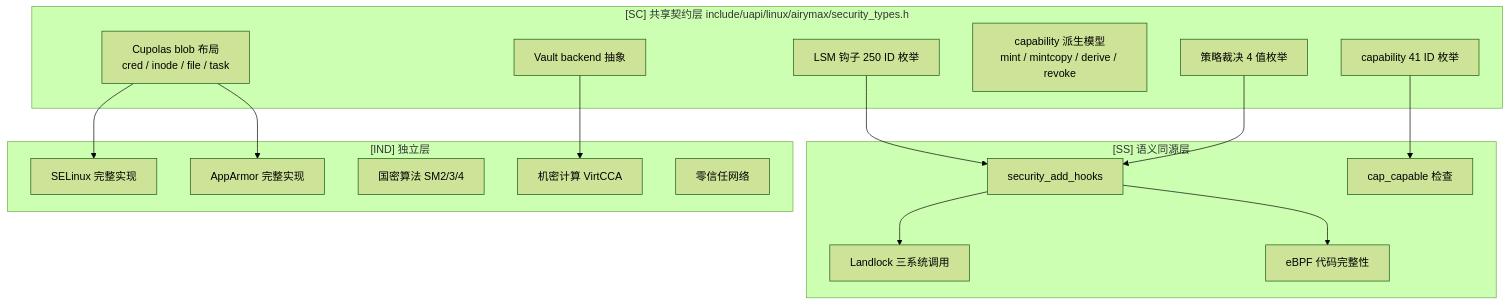
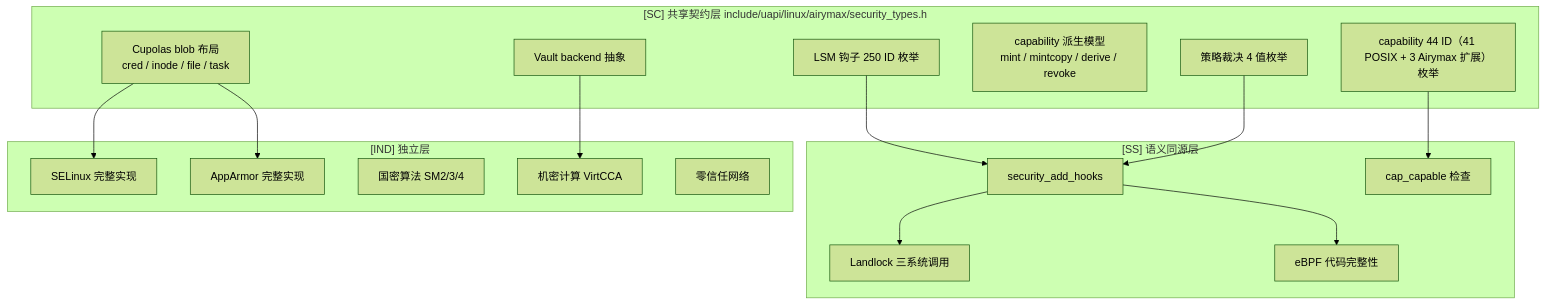
The first of 2 diagrams in 20-modules/03-security.md (openairymax/docs-linux), drawn with Mermaid (forest theme) before and after one commit. The commit also changed 44 other files, not shown here.

````diff
--- a/20-modules/03-security.md
+++ b/20-modules/03-security.md
@@ -178,32 +178,32 @@
 ```mermaid
 graph TD
     subgraph SC["[SC] 共享契约层 include/uapi/linux/airymax/security_types.h"]
-        CAP[capability 41 ID 枚举]
+        CAP[capability 44 ID（41 POSIX + 3 Airymax 扩展）枚举]
         LSM[LSM 钩子 250 ID 枚举]
         BLOB[Cupolas blob 布局<br/>cred / inode / file / task]
         DERIVE[capability 派生模型<br/>mint / mintcopy / derive / revoke]
         VAULT[Vault backend 抽象]
         VERDICT[策略裁决 4 值枚举]
     end
     subgraph SS["[SS] 语义同源层"]
         SECHOOKS[security_add_hooks]
         LANDLOCK[Landlock 三系统调用]
         EBPFSIGN[eBPF 代码完整性]
         CAPCHECK[cap_capable 检查]
     end
     subgraph IND["[IND] 独立层"]
         SELINUX[SELinux 完整实现]
         APPARMOR[AppArmor 完整实现]
         CRYPTO[国密算法 SM2/3/4]
         CONFCOMP[机密计算 VirtCCA]
         ZEROTRUST[零信任网络]
     end
     CAP --> CAPCHECK
     LSM --> SECHOOKS
     BLOB --> SELINUX
     BLOB --> APPARMOR
     VAULT --> CONFCOMP
     VERDICT --> SECHOOKS
     SECHOOKS --> LANDLOCK
     SECHOOKS --> EBPFSIGN
 ```
````
